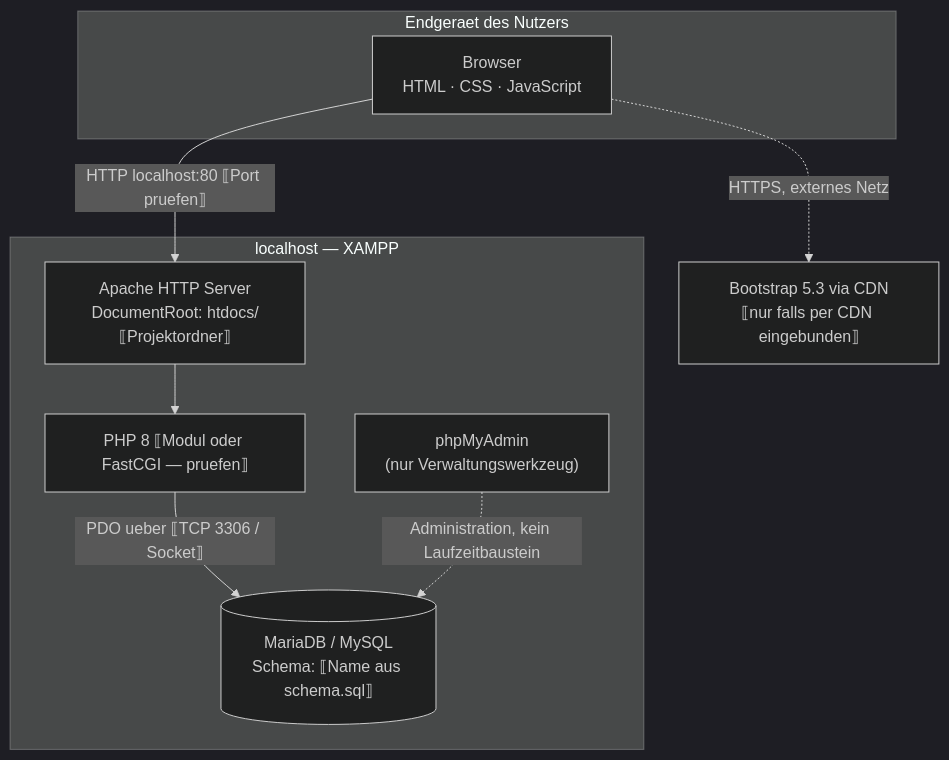
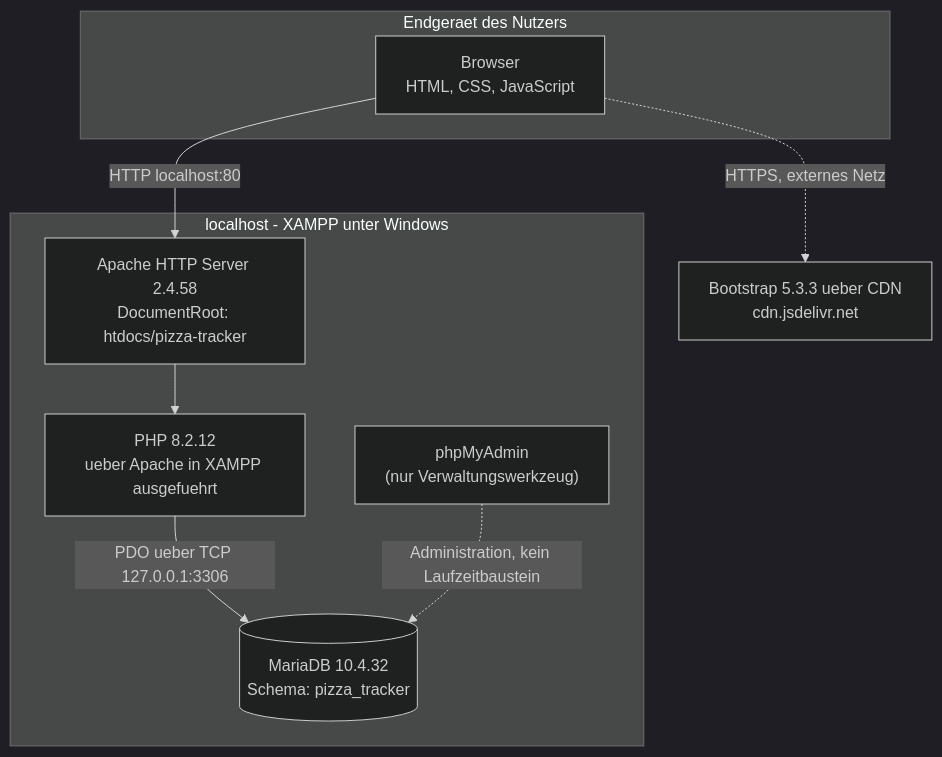
The diagram in docs/arch/A07-deployment-view.md (Familienmann89/Pizza-Tracker-), drawn with Mermaid (dark theme) before and after one commit. The commit also changed other lines of this file, not shown here.

````diff
--- a/docs/arch/A07-deployment-view.md
+++ b/docs/arch/A07-deployment-view.md
@@ -22,21 +23,21 @@
 ```mermaid
 graph TB
     subgraph Client["Endgeraet des Nutzers"]
-        BR["Browser<br/>HTML · CSS · JavaScript"]
+        BR["Browser<br/>HTML, CSS, JavaScript"]
     end
 
-    subgraph Host["localhost — XAMPP"]
-        AP["Apache HTTP Server<br/>DocumentRoot: htdocs/⟦Projektordner⟧"]
-        PHP["PHP 8 ⟦Modul oder FastCGI — pruefen⟧"]
-        DB[("MariaDB / MySQL<br/>Schema: ⟦Name aus schema.sql⟧")]
+    subgraph Host["localhost - XAMPP unter Windows"]
+        AP["Apache HTTP Server 2.4.58<br/>DocumentRoot: htdocs/pizza-tracker"]
+        PHP["PHP 8.2.12<br/>ueber Apache in XAMPP ausgefuehrt"]
+        DB[("MariaDB 10.4.32<br/>Schema: pizza_tracker")]
         PMA["phpMyAdmin<br/>(nur Verwaltungswerkzeug)"]
     end
 
-    CDN["Bootstrap 5.3 via CDN<br/>⟦nur falls per CDN eingebunden⟧"]
+    CDN["Bootstrap 5.3.3 ueber CDN<br/>cdn.jsdelivr.net"]
 
-    BR -->|"HTTP localhost:80 ⟦Port pruefen⟧"| AP
+    BR -->|"HTTP localhost:80"| AP
     AP --> PHP
-    PHP -->|"PDO ueber ⟦TCP 3306 / Socket⟧"| DB
+    PHP -->|"PDO ueber TCP 127.0.0.1:3306"| DB
     PMA -.->|"Administration, kein Laufzeitbaustein"| DB
     BR -.->|"HTTPS, externes Netz"| CDN
 ```
````
